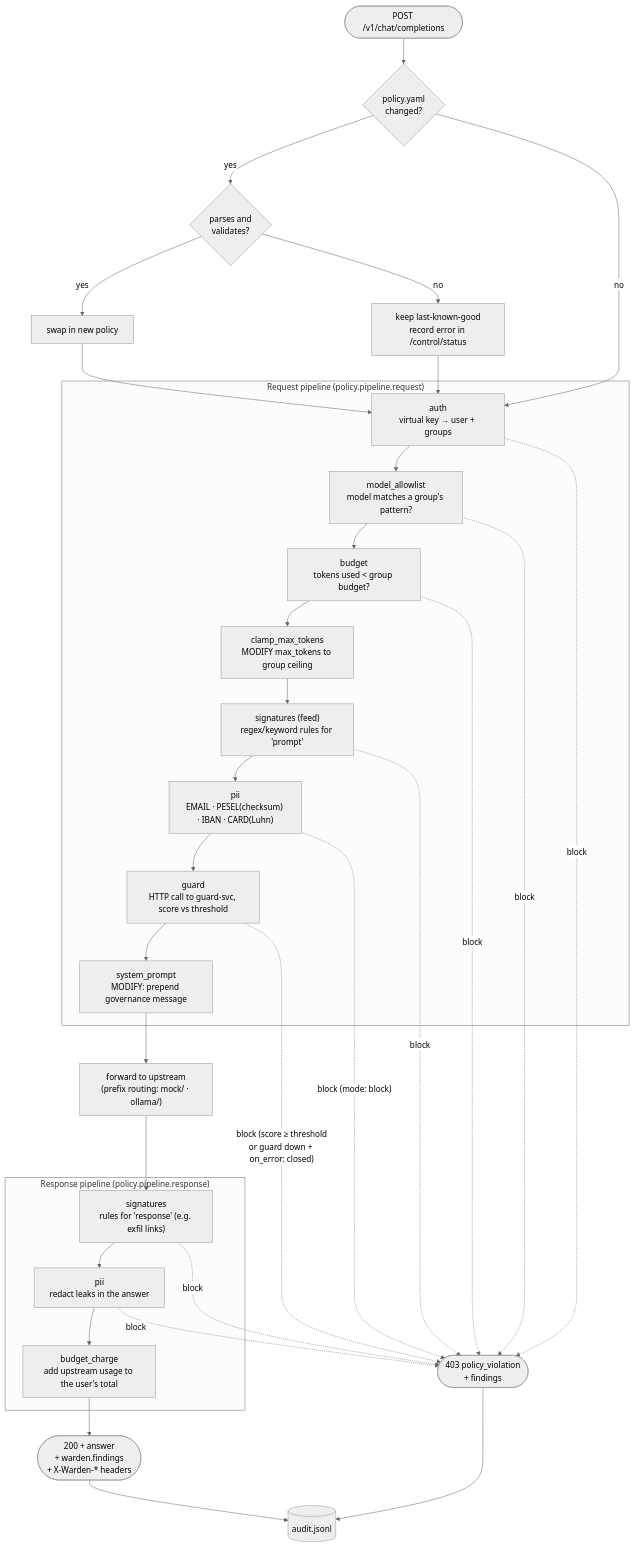
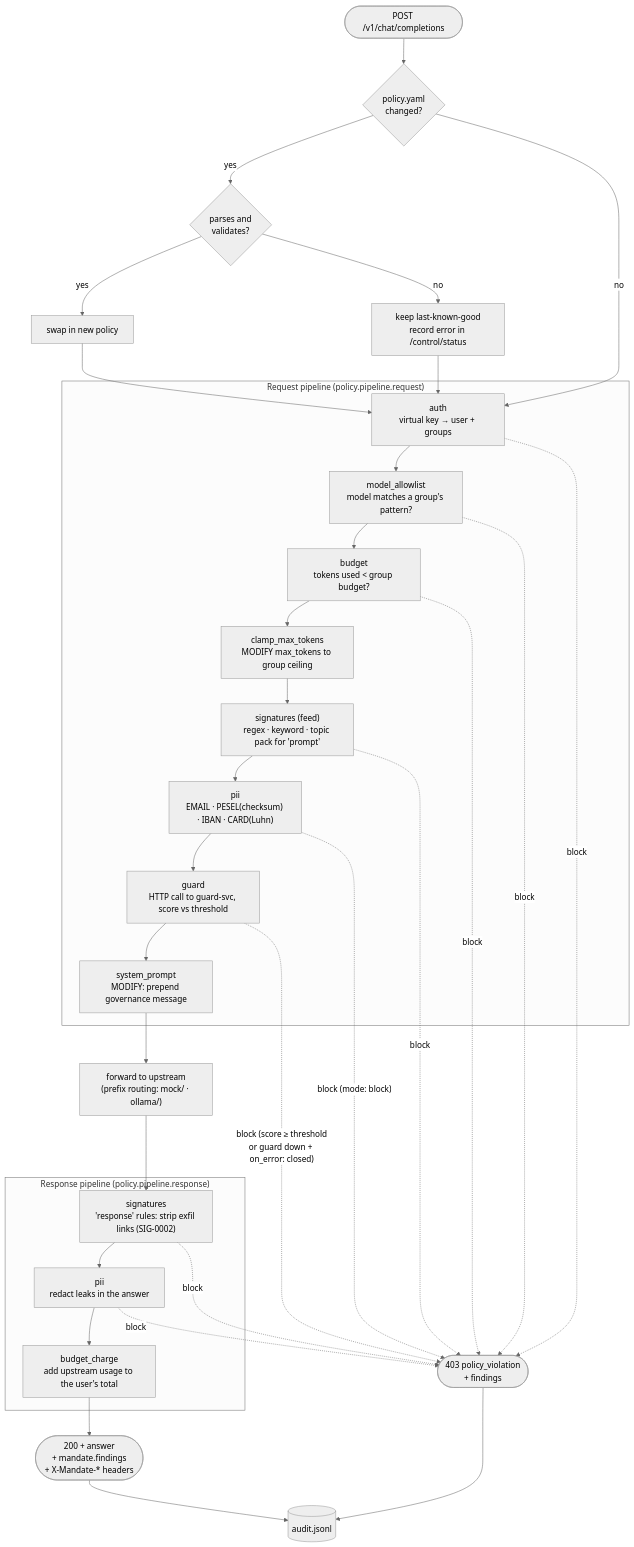
One commit to damianlech/HackYeah26 changed the second of 6 diagrams in poc/WALKTHROUGH.md. Above: the diagram before and after it, drawn with Mermaid (neutral theme). The commit also changed other lines of this file and 5 other files, not shown here.

First line of the commit message:
Adapt POC to the canonical feed and spec; rename to Mandate

````diff
--- a/poc/WALKTHROUGH.md
+++ b/poc/WALKTHROUGH.md
@@ -71,42 +71,42 @@
 ```mermaid
 flowchart TD
   IN(["POST /v1/chat/completions"]) --> RELOAD{"policy.yaml<br/>changed?"}
   RELOAD -- yes --> VALID{"parses and<br/>validates?"}
   VALID -- yes --> SWAP["swap in new policy"]
   VALID -- no --> LKG["keep last-known-good<br/>record error in /control/status"]
   RELOAD -- no --> AUTH
   SWAP --> AUTH
   LKG --> AUTH
 
   subgraph REQ["Request pipeline (policy.pipeline.request)"]
     AUTH["auth<br/>virtual key → user + groups"] --> ALLOW["model_allowlist<br/>model matches a group's pattern?"]
     ALLOW --> BUD["budget<br/>tokens used < group budget?"]
     BUD --> CLAMP["clamp_max_tokens<br/>MODIFY max_tokens to group ceiling"]
-    CLAMP --> SIG["signatures (feed)<br/>regex/keyword rules for 'prompt'"]
+    CLAMP --> SIG["signatures (feed)<br/>regex · keyword · topic pack for 'prompt'"]
     SIG --> PII["pii<br/>EMAIL · PESEL(checksum) · IBAN · CARD(Luhn)"]
     PII --> GRD["guard<br/>HTTP call to guard-svc, score vs threshold"]
     GRD --> SYS["system_prompt<br/>MODIFY: prepend governance message"]
   end
 
   SYS --> FWD["forward to upstream<br/>(prefix routing: mock/ · ollama/)"]
   FWD --> RSIG
 
   subgraph RESP["Response pipeline (policy.pipeline.response)"]
-    RSIG["signatures<br/>rules for 'response' (e.g. exfil links)"] --> RPII["pii<br/>redact leaks in the answer"]
+    RSIG["signatures<br/>'response' rules: strip exfil links (SIG-0002)"] --> RPII["pii<br/>redact leaks in the answer"]
     RPII --> CHG["budget_charge<br/>add upstream usage to the user's total"]
   end
 
-  CHG --> OK(["200 + answer<br/>+ warden.findings<br/>+ X-Warden-* headers"])
+  CHG --> OK(["200 + answer<br/>+ mandate.findings<br/>+ X-Mandate-* headers"])
 
   AUTH -.->|block| DENY(["403 policy_violation<br/>+ findings"])
   ALLOW -.->|block| DENY
   BUD -.->|block| DENY
   SIG -.->|block| DENY
   PII -.->|"block (mode: block)"| DENY
   GRD -.->|"block (score ≥ threshold<br/>or guard down + on_error: closed)"| DENY
   RSIG -.->|block| DENY
   RPII -.->|block| DENY
 
   OK --> AUD[("audit.jsonl")]
   DENY --> AUD
 ```
````
